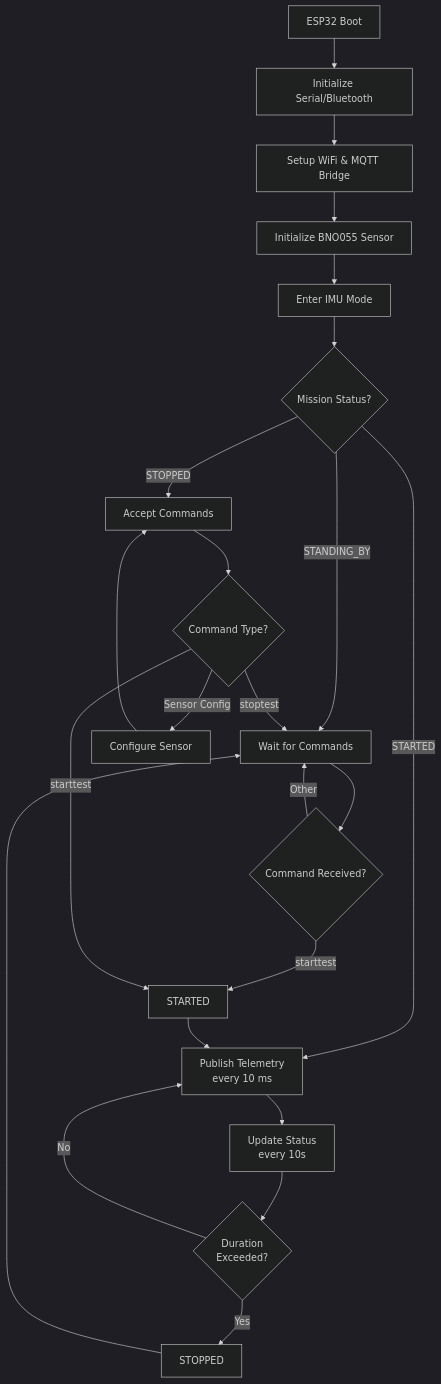
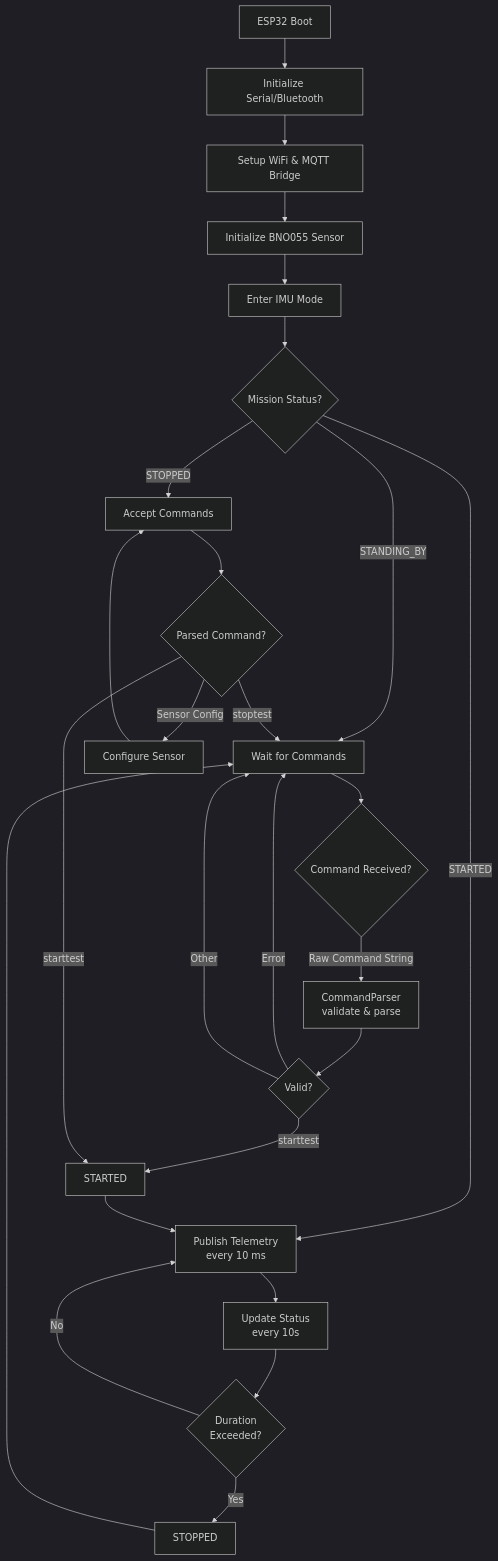
One commit to bgiorgio0506/imu-measurements-sys changed the second of 4 diagrams in README.md. Above: the diagram before and after it, drawn with Mermaid (dark theme). The commit also changed other lines of this file, not shown here.

````diff
--- a/README.md
+++ b/README.md
@@ -118,29 +171,32 @@
 ```mermaid
 graph TD
     A[ESP32 Boot] --> B[Initialize Serial/Bluetooth]
     B --> C[Setup WiFi & MQTT Bridge]
     C --> D[Initialize BNO055 Sensor]
     D --> E[Enter IMU Mode]
     E --> F{Mission Status?}
     
     F -->|STANDING_BY| G[Wait for Commands]
     G --> H{Command Received?}
-    H -->|starttest| I[STARTED]
-    H -->|Other| G
+    H -->|Raw Command String| PARSE["CommandParser<br/>validate & parse"]
+    PARSE --> VALID{Valid?}
+    VALID -->|Error| G
+    VALID -->|starttest| I[STARTED]
+    VALID -->|Other| G
     
     F -->|STARTED| J[Publish Telemetry<br/>every 10 ms]
     J --> K[Update Status<br/>every 10s]
     K --> L{Duration<br/>Exceeded?}
     L -->|No| J
     L -->|Yes| M[STOPPED]
     
     F -->|STOPPED| N[Accept Commands]
-    N --> O{Command Type?}
+    N --> O{Parsed Command?}
     O -->|Sensor Config| P[Configure Sensor]
     P --> N
     O -->|starttest| I
     O -->|stoptest| G
     
     M --> G
     I --> J
 ```
````
